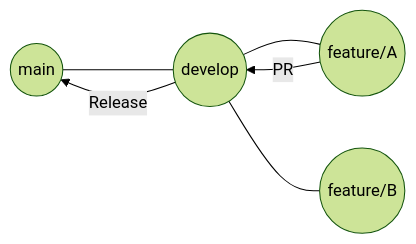
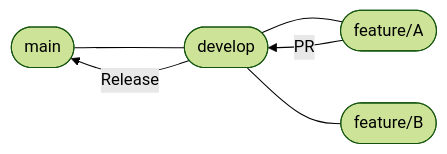
Before and after one commit to ricardotecpro/ads_mod_13_devops_e_cloud: the diagram in docs/aulas/aula-04.md, drawn with Mermaid (forest theme). The commit also changed other lines of this file and 66 other files, not shown here.

````diff
--- a/docs/aulas/aula-04.md
+++ b/docs/aulas/aula-04.md
@@ -51,8 +51,8 @@
 ```mermaid
 graph LR
-    Main((main)) --- Develop((develop))
-    Develop --- F1((feature/A))
-    Develop --- F2((feature/B))
+    Main(["main"]) --- Develop(["develop"])
+    Develop --- F1(["feature/A"])
+    Develop --- F2(["feature/B"])
     F1 -- "PR" --> Develop
     Develop -- "Release" --> Main
 ```
````
